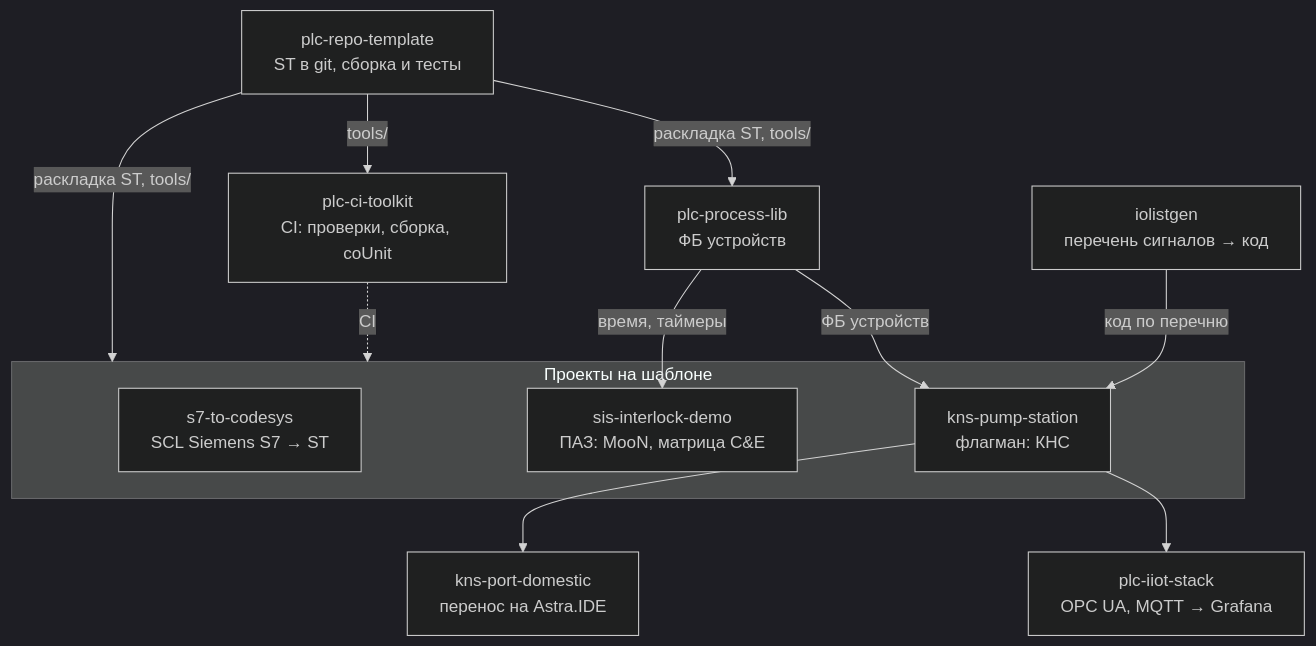
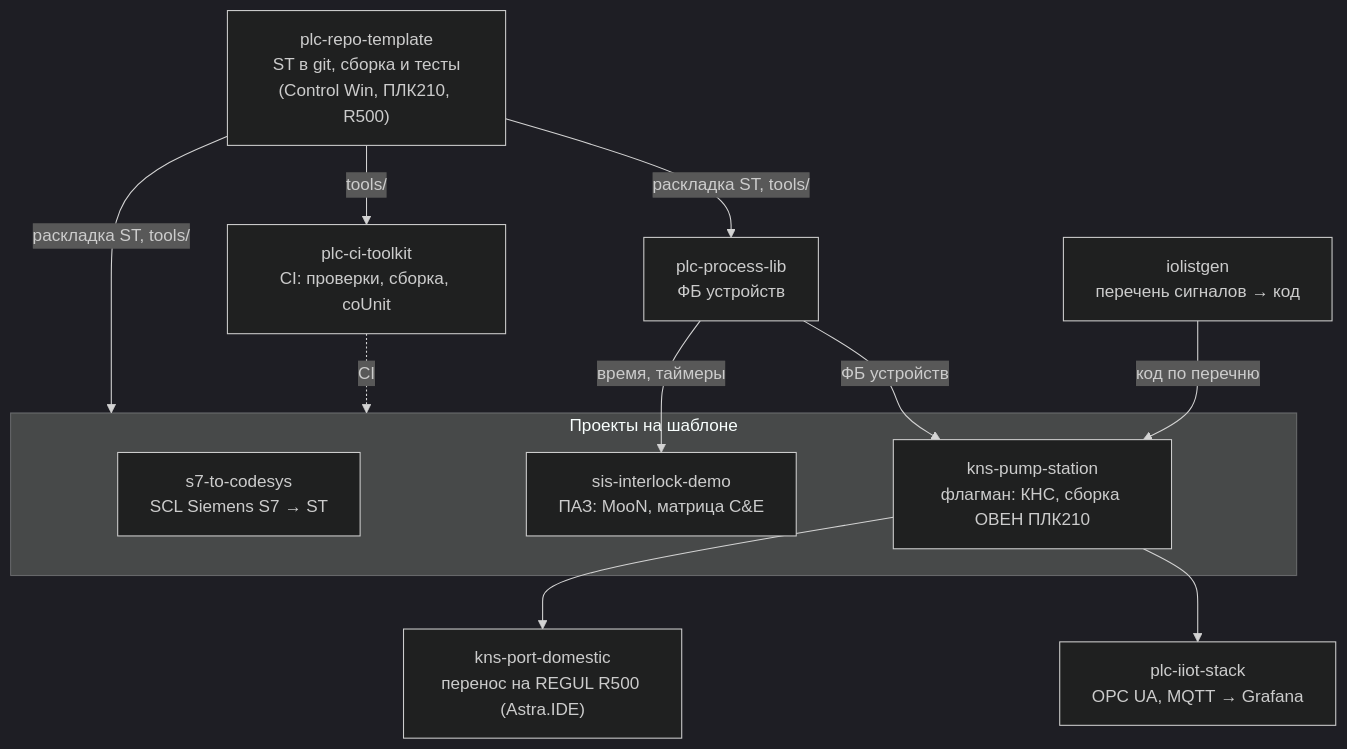
The diagram in README.md (kr0nsch/kr0nsch), drawn with Mermaid (dark theme) before and after one commit. The commit also changed other lines of this file, not shown here.

First line of the commit message:
docs: профиль — инструменты и практики для ПЛК ОВЕН и REGUL

````diff
--- a/README.md
+++ b/README.md
@@ -63,27 +72,27 @@
 ```mermaid
 flowchart TB
-    tpl["plc-repo-template<br/>ST в git, сборка и тесты"]
+    tpl["plc-repo-template<br/>ST в git, сборка и тесты<br/>(Control Win, ПЛК210, R500)"]
     ci["plc-ci-toolkit<br/>CI: проверки, сборка, coUnit"]
     lib["plc-process-lib<br/>ФБ устройств"]
     io["iolistgen<br/>перечень сигналов → код"]
 
     subgraph apps["Проекты на шаблоне"]
         s7["s7-to-codesys<br/>SCL Siemens S7 → ST"]
         sis["sis-interlock-demo<br/>ПАЗ: MooN, матрица C&E"]
-        kns["kns-pump-station<br/>флагман: КНС"]
+        kns["kns-pump-station<br/>флагман: КНС, сборка ОВЕН ПЛК210"]
     end
 
-    port["kns-port-domestic<br/>перенос на Astra.IDE"]
+    port["kns-port-domestic<br/>перенос на REGUL R500 (Astra.IDE)"]
     iiot["plc-iiot-stack<br/>OPC UA, MQTT → Grafana"]
 
     tpl -- "tools/" --> ci
     tpl -- "раскладка ST, tools/" --> lib
     tpl -- "раскладка ST, tools/" --> apps
     ci -.->|"CI"| apps
     lib -- "время, таймеры" --> sis
     lib -- "ФБ устройств" --> kns
     io -- "код по перечню" --> kns
     kns --> port
     kns --> iiot
 
 ```
````
